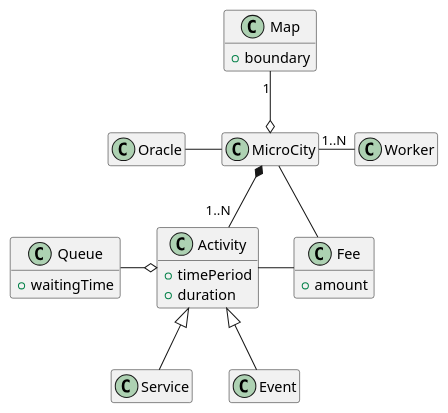
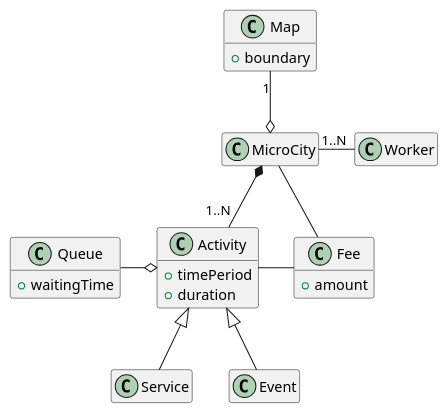
The diagram in uml/micro-city.puml (ICPS-MicroCity/domain-analysis), drawn with PlantUML before and after one commit. The commit also changed 1 other file, not shown here.

Commit message:
fix: oracle class removed from micro-city schema

```diff
--- a/uml/micro-city.puml
+++ b/uml/micro-city.puml
@@ -1,36 +1,34 @@
 @startuml micro-city
 top to bottom direction
 
 hide empty methods
 hide empty fields
 
 class Map {
     + boundary
 }
 class MicroCity
-class Oracle
 class Worker
 class Queue {
     + waitingTime
 }
 class Activity {
     + timePeriod
     + duration
 }
 class Fee {
     + amount
 }
 class Service
 class Event
 
 MicroCity o-up- "1" Map
-MicroCity -left- Oracle
 MicroCity -right- "1..N" Worker
 MicroCity *-down- "1..N" Activity
 MicroCity -right- Fee
 Activity o-left- Queue
 Activity -right- Fee
 Activity <|-down- Service
 Activity <|-down- Event
 
 @enduml
```
